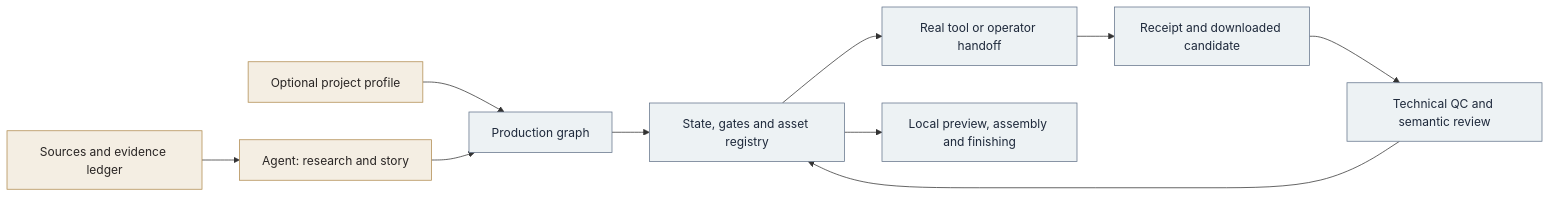
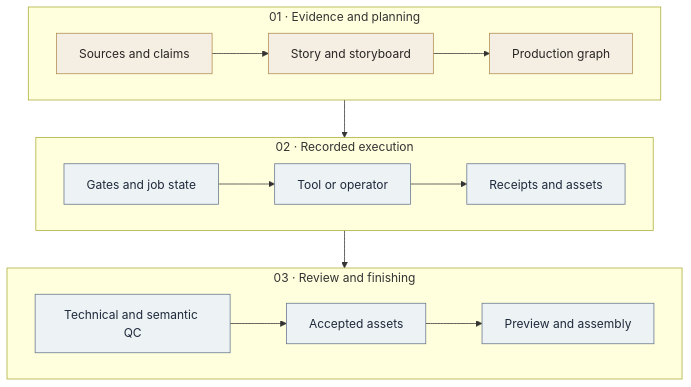
Before and after one commit to Brighthao18/chronicle-frame: the diagram in README.md, drawn with Mermaid. The commit also changed 6 other files, not shown here.

Commit message:
Declare isolated test dependencies and improve README diagrams

````diff
--- a/README.md
+++ b/README.md
@@ -96,16 +96,20 @@
 ```mermaid
-flowchart LR
-    E[Sources and evidence ledger] --> A[Agent: research and story]
-    P[Optional project profile] --> G[Production graph]
-    A --> G
-    G --> S[State, gates and asset registry]
-    S --> H[Real tool or operator handoff]
-    H --> R[Receipt and downloaded candidate]
-    R --> Q[Technical QC and semantic review]
-    Q --> S
-    S --> L[Local preview, assembly and finishing]
+flowchart TB
+    subgraph PLAN["01 · Evidence and planning"]
+        direction LR
+        E[Sources and claims] --> A[Story and storyboard] --> G[Production graph]
+    end
+    subgraph EXEC["02 · Recorded execution"]
+        direction LR
+        S[Gates and job state] --> H[Tool or operator] --> R[Receipts and assets]
+    end
+    subgraph FINISH["03 · Review and finishing"]
+        direction LR
+        Q[Technical and semantic QC] --> I[Accepted assets] --> L[Preview and assembly]
+    end
+    PLAN --> EXEC --> FINISH
     classDef source fill:#f4eee3,stroke:#b08b4f,color:#292524
     classDef runtime fill:#edf2f4,stroke:#64748b,color:#1e293b
-    class E,A,P source
-    class G,S,H,R,Q,L runtime
+    class E,A,G source
+    class S,H,R,Q,I,L runtime
 ```
````
